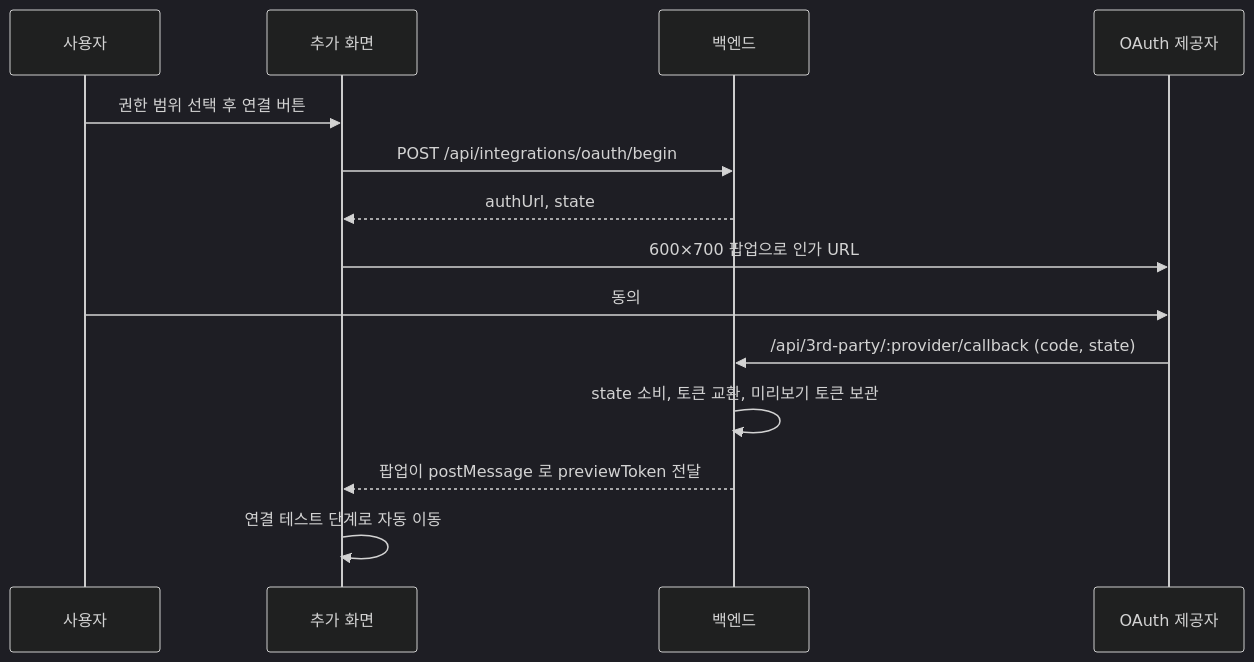
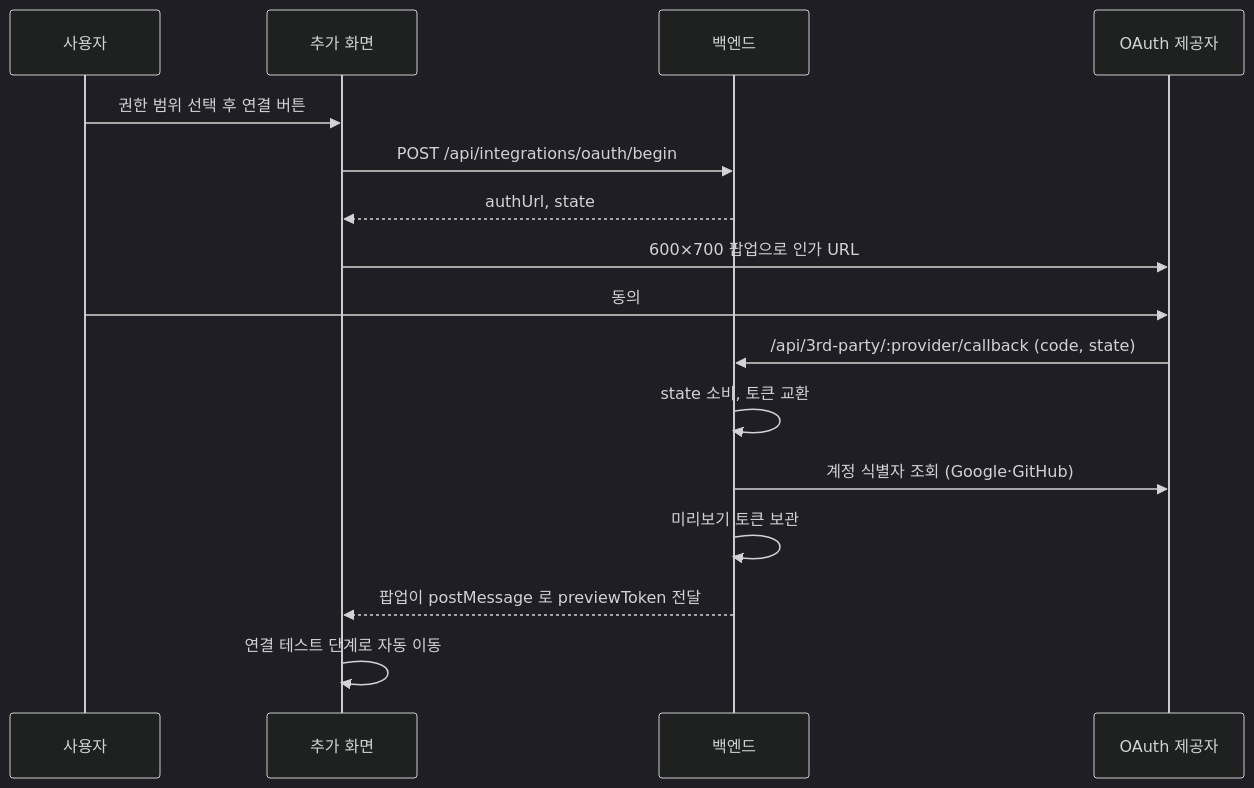
The diagram in spec/CLE-INT/CLE-INT-OAUTH-CALLBACK.md (worker-ants/clemvion), drawn with Mermaid (dark theme) before and after one commit. The commit also changed other lines of this file and 4 other files, not shown here.

````diff
--- a/spec/CLE-INT/CLE-INT-OAUTH-CALLBACK.md
+++ b/spec/CLE-INT/CLE-INT-OAUTH-CALLBACK.md
@@ -25,16 +25,18 @@
 ```mermaid
 sequenceDiagram
   participant U as 사용자
   participant FE as 추가 화면
   participant BE as 백엔드
   participant P as OAuth 제공자
   U->>FE: 권한 범위 선택 후 연결 버튼
   FE->>BE: POST /api/integrations/oauth/begin
   BE-->>FE: authUrl, state
   FE->>P: 600×700 팝업으로 인가 URL
   U->>P: 동의
   P->>BE: /api/3rd-party/:provider/callback (code, state)
-  BE->>BE: state 소비, 토큰 교환, 미리보기 토큰 보관
+  BE->>BE: state 소비, 토큰 교환
+  BE->>P: 계정 식별자 조회 (Google·GitHub)
+  BE->>BE: 미리보기 토큰 보관
   BE-->>FE: 팝업이 postMessage 로 previewToken 전달
   FE->>FE: 연결 테스트 단계로 자동 이동
 ```
````
